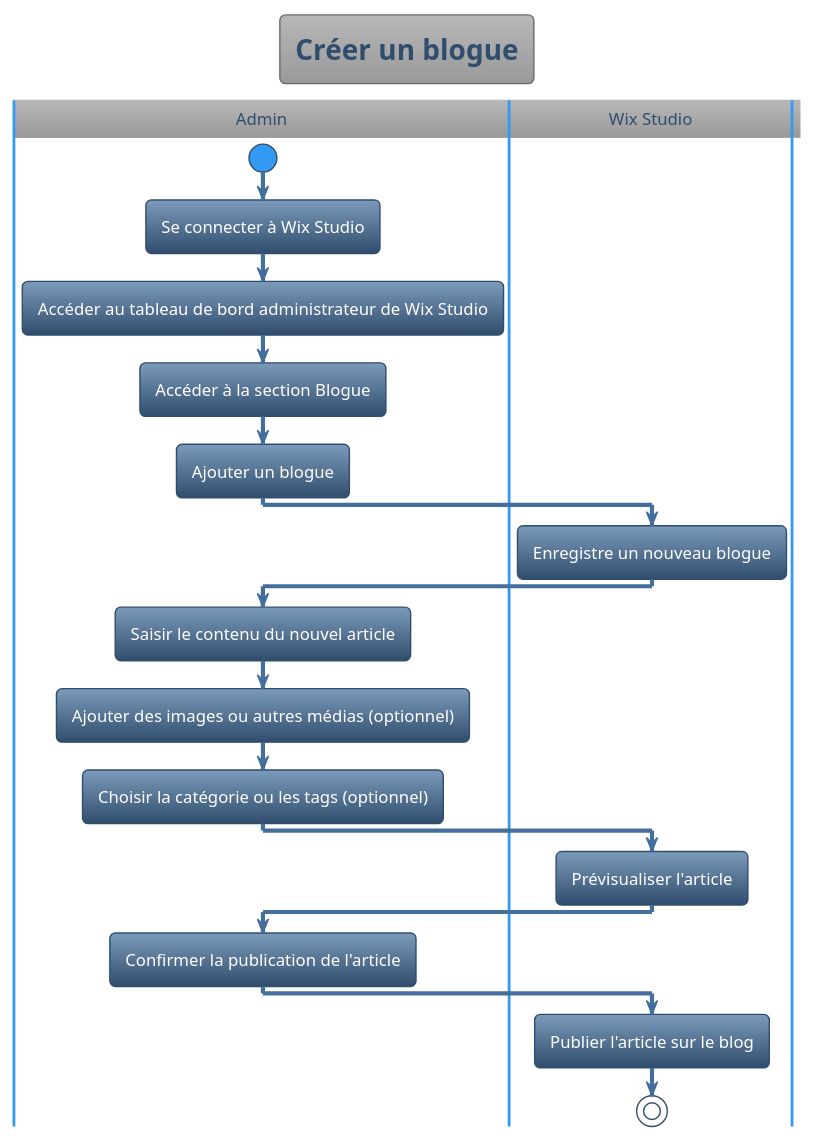
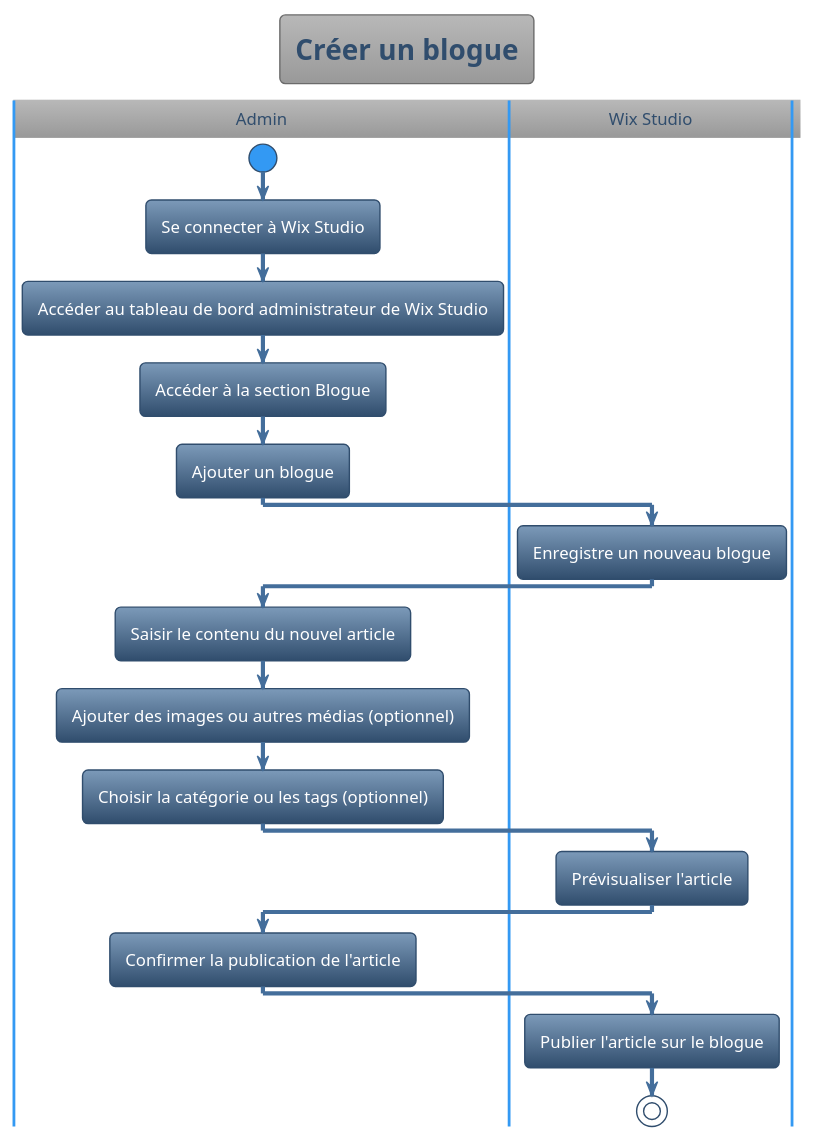
The diagram in Cu11_blog.puml (Jacob-Cossette/GTI510), drawn with PlantUML before and after one commit. The commit also changed 22 other files, not shown here.

```diff
--- a/Cu11_blog.puml
+++ b/Cu11_blog.puml
@@ -1,24 +1,24 @@
 @startuml
 !theme spacelab
 title Créer un blogue
 |Admin|
 start
 :Se connecter à Wix Studio;
 :Accéder au tableau de bord administrateur de Wix Studio;
 :Accéder à la section Blogue;
 |Admin|
 :Ajouter un blogue;
 |Wix Studio|
 :Enregistre un nouveau blogue;
 |Admin|
 :Saisir le contenu du nouvel article;
 :Ajouter des images ou autres médias (optionnel);
 :Choisir la catégorie ou les tags (optionnel);
 |Wix Studio|
 :Prévisualiser l'article;
 |Admin|
 :Confirmer la publication de l'article;
 |Wix Studio|
-:Publier l'article sur le blog;
+:Publier l'article sur le blogue;
 stop
 @enduml
```
